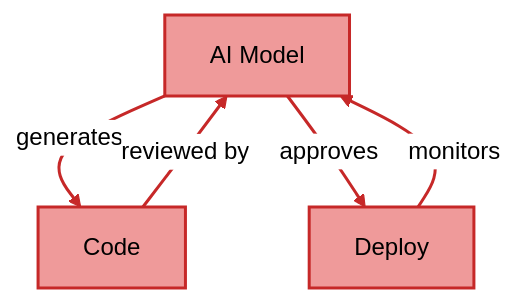
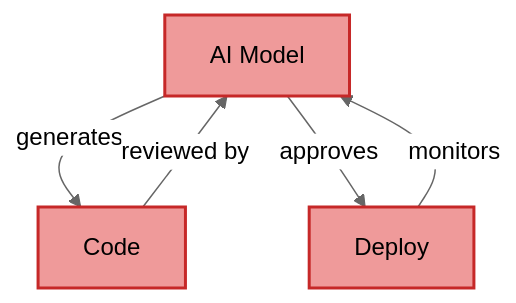
One commit to sunholo-data/ailang changed the second of 3 diagrams in docs/docs/guides/ailang-vs-agents.mdx. Above: the diagram before and after it, drawn with Mermaid. The commit also changed other lines of this file and 42 other files, not shown here.

````diff
--- a/docs/docs/guides/ailang-vs-agents.mdx
+++ b/docs/docs/guides/ailang-vs-agents.mdx
@@ -220,14 +62,11 @@
 ```mermaid
 %%{init: {'theme': 'neutral'}}%%
 graph TD
     A["AI Model"] -->|generates| B["Code"]
     B -->|reviewed by| A
     A -->|approves| C["Deploy"]
     C -->|monitors| A
-
     style A fill:#ef9a9a,stroke:#c62828,stroke-width:2px
     style B fill:#ef9a9a,stroke:#c62828,stroke-width:2px
     style C fill:#ef9a9a,stroke:#c62828,stroke-width:2px
-
-    linkStyle 0,1,2,3 stroke:#c62828,stroke-width:2px
 ```
````
